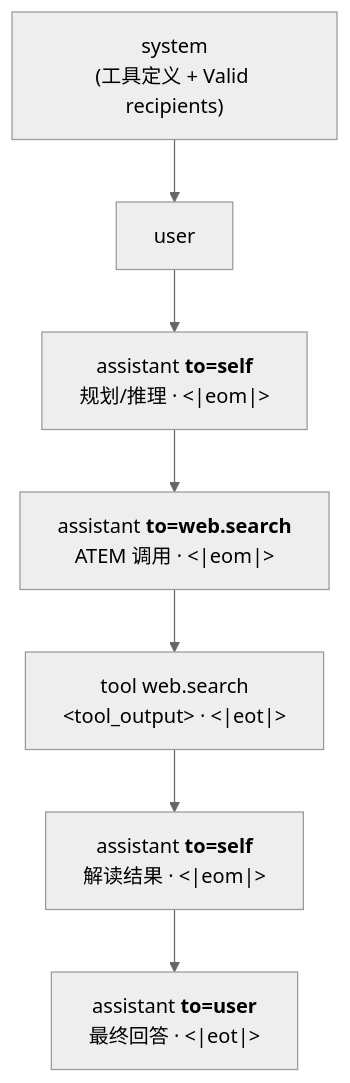
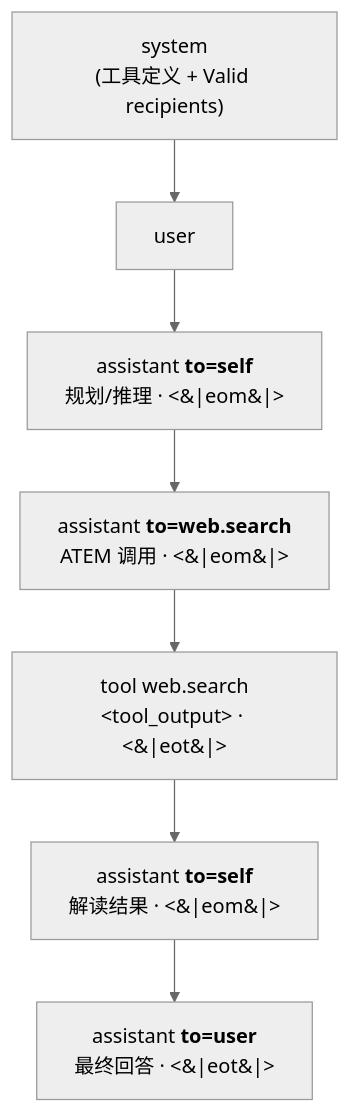
The second of 3 diagrams in wiki/prompting/Chat Templates.md (justinchuby/onnx-genai), drawn with Mermaid (neutral theme) before and after one commit. The commit also changed 1 other file, not shown here.

Commit message:
docs(wiki): make mermaid labels parser-safe
Escape the pipe characters in the Muse Glimmer channel sequence diagram as
&#124; so mermaid does not read them as edge-label delimiters, and drop the
HTML tags from the KV cache lifecycle stateDiagram-v2, where inline HTML in
state labels is not reliably supported.

Copilot-Session: c80f8522-983c-47f7-8241-2155a823aabe

````diff
--- a/wiki/prompting/Chat Templates.md
+++ b/wiki/prompting/Chat Templates.md
@@ -298,9 +298,9 @@
 ```mermaid
 flowchart TD
     S["system<br/>(工具定义 + Valid recipients)"] --> U["user"]
-    U --> A1["assistant <b>to=self</b><br/>规划/推理 · &lt;|eom|&gt;"]
-    A1 --> A2["assistant <b>to=web.search</b><br/>ATEM 调用 · &lt;|eom|&gt;"]
-    A2 --> T["tool web.search<br/>&lt;tool_output&gt; · &lt;|eot|&gt;"]
-    T --> A3["assistant <b>to=self</b><br/>解读结果 · &lt;|eom|&gt;"]
-    A3 --> A4["assistant <b>to=user</b><br/>最终回答 · &lt;|eot|&gt;"]
+    U --> A1["assistant <b>to=self</b><br/>规划/推理 · &lt;&#124;eom&#124;&gt;"]
+    A1 --> A2["assistant <b>to=web.search</b><br/>ATEM 调用 · &lt;&#124;eom&#124;&gt;"]
+    A2 --> T["tool web.search<br/>&lt;tool_output&gt; · &lt;&#124;eot&#124;&gt;"]
+    T --> A3["assistant <b>to=self</b><br/>解读结果 · &lt;&#124;eom&#124;&gt;"]
+    A3 --> A4["assistant <b>to=user</b><br/>最终回答 · &lt;&#124;eot&#124;&gt;"]
 ```
````
